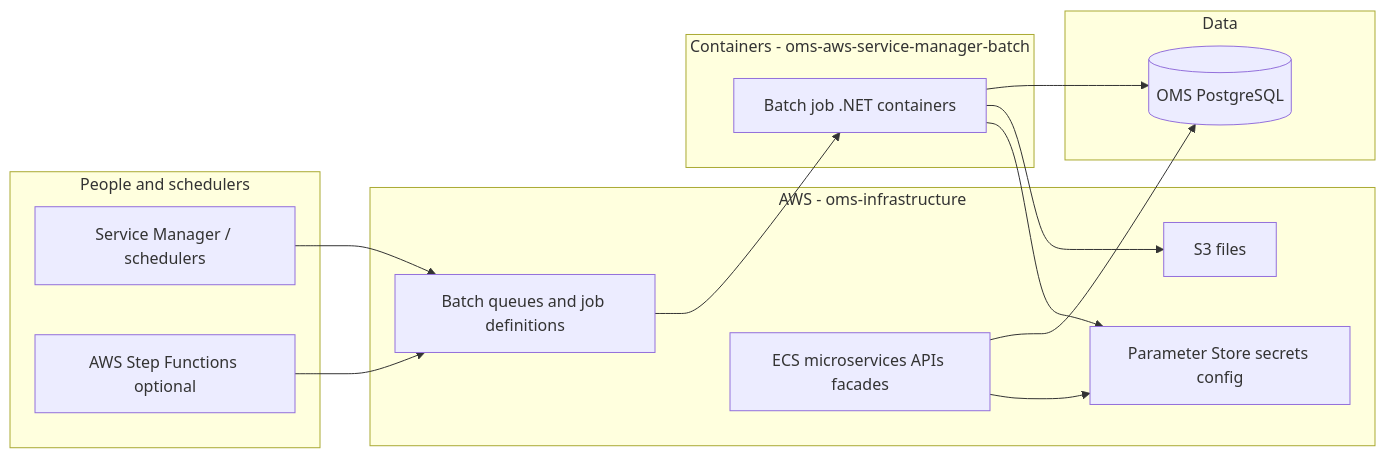
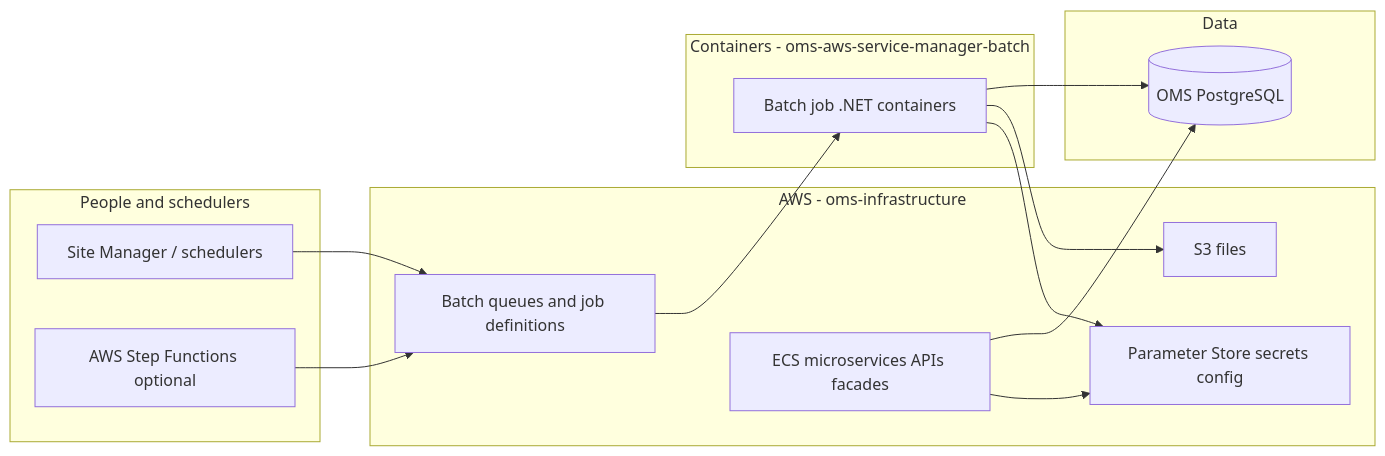
The diagram in oms/product-knowledge/00-onboarding.md (aryan-kashyap-aptos-com/superdev-hmm), drawn with Mermaid before and after one commit. The commit also changed other lines of this file and 55 other files, not shown here.

````diff
--- a/oms/product-knowledge/00-onboarding.md
+++ b/oms/product-knowledge/00-onboarding.md
@@ -17,31 +38,31 @@
 ```mermaid
 flowchart LR
   subgraph people [People and schedulers]
-    SM[Service Manager / schedulers]
+    SM[Site Manager / schedulers]
     SF[AWS Step Functions optional]
   end
 
   subgraph aws [AWS - oms-infrastructure]
     ECS[ECS microservices APIs facades]
     BQ[Batch queues and job definitions]
     SSM[Parameter Store secrets config]
     S3[S3 files]
   end
 
   subgraph app [Containers - oms-aws-service-manager-batch]
     JOB[Batch job .NET containers]
   end
 
   subgraph data [Data]
     PG[(OMS PostgreSQL)]
   end
 
   SM --> BQ
   SF --> BQ
   BQ --> JOB
   JOB --> PG
   JOB --> S3
   ECS --> PG
   JOB --> SSM
   ECS --> SSM
 ```
````
